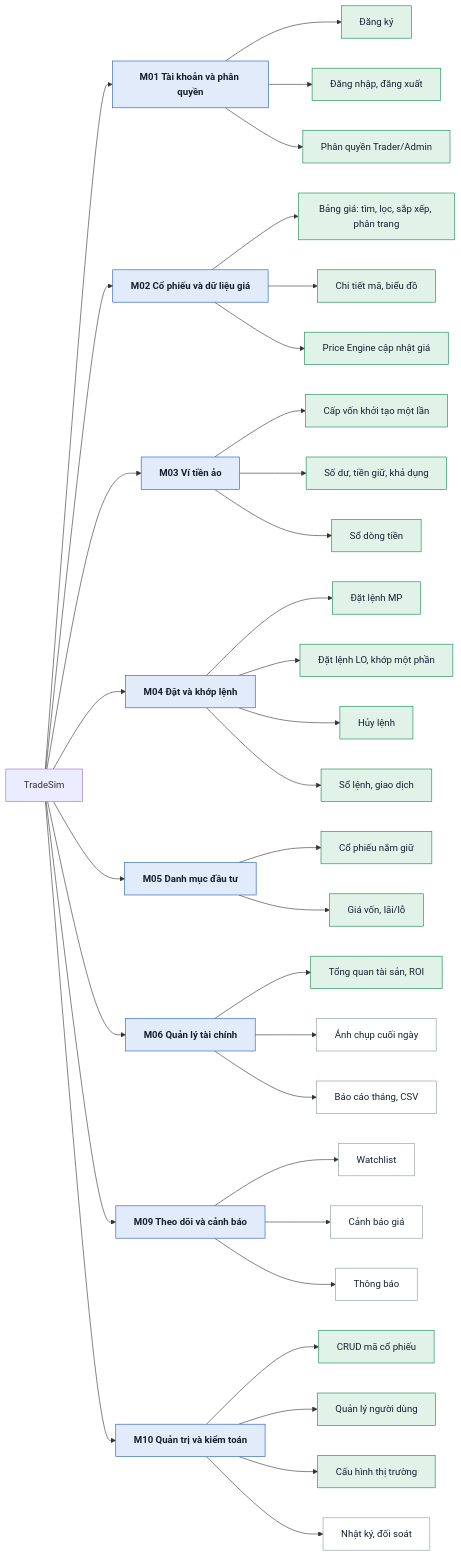
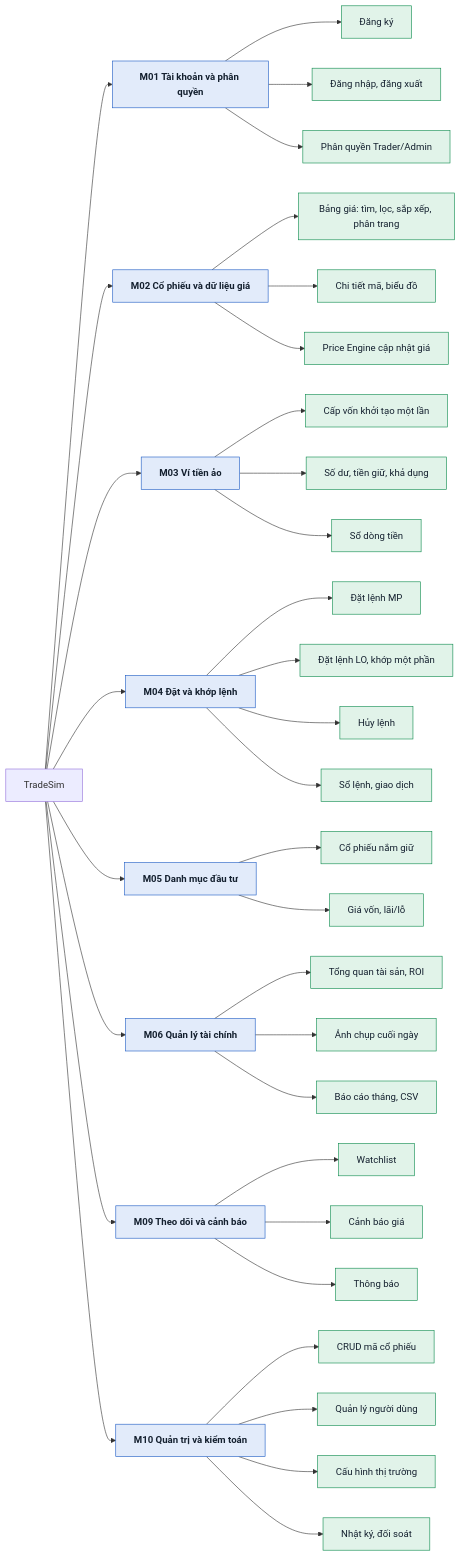
Before and after one commit to siunhansss/tradesim: the diagram in docs/design/functions.mmd, drawn with Mermaid. The commit also changed 50 other files, not shown here.

```diff
--- a/docs/design/functions.mmd
+++ b/docs/design/functions.mmd
@@ -1,26 +1,25 @@
 flowchart LR
     R["TradeSim"]
     R --> M01["M01 Tài khoản và phân quyền"]
     R --> M02["M02 Cổ phiếu và dữ liệu giá"]
     R --> M03["M03 Ví tiền ảo"]
     R --> M04["M04 Đặt và khớp lệnh"]
     R --> M05["M05 Danh mục đầu tư"]
     R --> M06["M06 Quản lý tài chính"]
     R --> M09["M09 Theo dõi và cảnh báo"]
     R --> M10["M10 Quản trị và kiểm toán"]
 
     M01 --> F011["Đăng ký"] & F012["Đăng nhập, đăng xuất"] & F013["Phân quyền Trader/Admin"]
     M02 --> F021["Bảng giá: tìm, lọc, sắp xếp, phân trang"] & F022["Chi tiết mã, biểu đồ"] & F023["Price Engine cập nhật giá"]
     M03 --> F031["Cấp vốn khởi tạo một lần"] & F032["Số dư, tiền giữ, khả dụng"] & F033["Sổ dòng tiền"]
     M04 --> F041["Đặt lệnh MP"] & F042["Đặt lệnh LO, khớp một phần"] & F043["Hủy lệnh"] & F044["Sổ lệnh, giao dịch"]
     M05 --> F051["Cổ phiếu nắm giữ"] & F052["Giá vốn, lãi/lỗ"]
     M06 --> F061["Tổng quan tài sản, ROI"] & F062["Ảnh chụp cuối ngày"] & F063["Báo cáo tháng, CSV"]
     M09 --> F091["Watchlist"] & F092["Cảnh báo giá"] & F093["Thông báo"]
     M10 --> F101["CRUD mã cổ phiếu"] & F102["Quản lý người dùng"] & F103["Cấu hình thị trường"] & F104["Nhật ký, đối soát"]
 
     classDef done fill:#e1f3e9,stroke:#0b8a4c,color:#14202f
     classDef todo fill:#ffffff,stroke:#8a97a8,color:#14202f
     classDef mod fill:#e2ebfa,stroke:#1d5bc4,color:#14202f,font-weight:bold
     class M01,M02,M03,M04,M05,M06,M09,M10 mod
-    class F011,F012,F013,F021,F022,F023,F031,F032,F033,F041,F042,F043,F044,F051,F052,F061,F101,F102,F103 done
-    class F062,F063,F091,F092,F093,F104 todo
+    class F011,F012,F013,F021,F022,F023,F031,F032,F033,F041,F042,F043,F044,F051,F052,F061,F062,F063,F091,F092,F093,F101,F102,F103,F104 done
```
